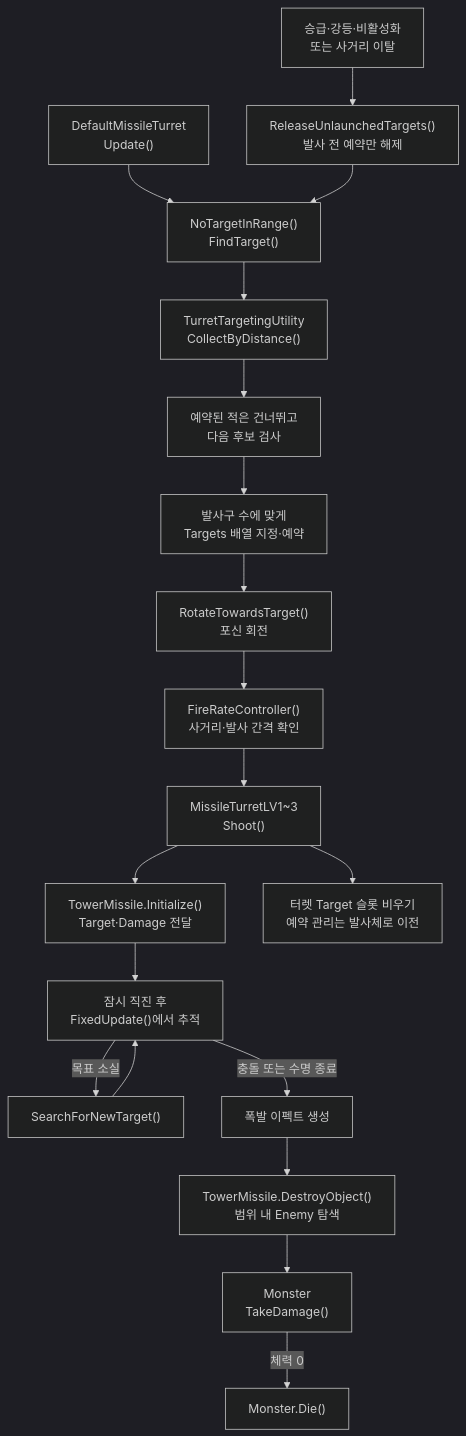
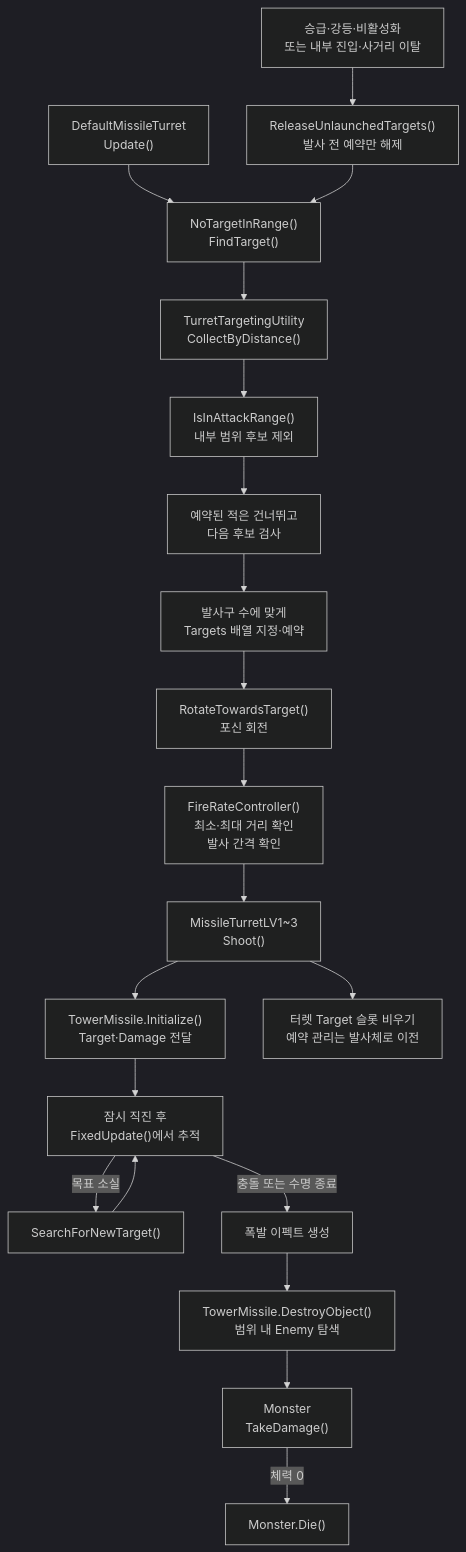
Before and after one commit to Team-HJD-21/unity-6-the-developer: the seventh of 13 diagrams in Docs/architecture/turret-system-guide.md, drawn with Mermaid (dark theme). The commit also changed other lines of this file, not shown here.

First line of the commit message:
docs(tower): document minimum attack ranges and debug visuals

````diff
--- a/Docs/architecture/turret-system-guide.md
+++ b/Docs/architecture/turret-system-guide.md
@@ -311,21 +329,22 @@
 ```mermaid
 flowchart TD
     Update["DefaultMissileTurret<br>Update()"] --> Search["NoTargetInRange()<br>FindTarget()"]
     Search --> Collect["TurretTargetingUtility<br>CollectByDistance()"]
-    Collect --> Filter["예약된 적은 건너뛰고<br>다음 후보 검사"]
+    Collect --> RangeCheck["IsInAttackRange()<br>내부 범위 후보 제외"]
+    RangeCheck --> Filter["예약된 적은 건너뛰고<br>다음 후보 검사"]
     Filter --> Targets["발사구 수에 맞게<br>Targets 배열 지정·예약"]
     Targets --> Rotate["RotateTowardsTarget()<br>포신 회전"]
-    Rotate --> Fire["FireRateController()<br>사거리·발사 간격 확인"]
+    Rotate --> Fire["FireRateController()<br>최소·최대 거리 확인<br>발사 간격 확인"]
     Fire --> Shoot["MissileTurretLV1~3<br>Shoot()"]
     Shoot --> Init["TowerMissile.Initialize()<br>Target·Damage 전달"]
     Shoot --> Transfer["터렛 Target 슬롯 비우기<br>예약 관리는 발사체로 이전"]
-    Change["승급·강등·비활성화<br>또는 사거리 이탈"] --> Release["ReleaseUnlaunchedTargets()<br>발사 전 예약만 해제"]
+    Change["승급·강등·비활성화<br>또는 내부 진입·사거리 이탈"] --> Release["ReleaseUnlaunchedTargets()<br>발사 전 예약만 해제"]
     Release --> Search
     Init --> Straight["잠시 직진 후<br>FixedUpdate()에서 추적"]
     Straight -->|목표 소실| Retarget["SearchForNewTarget()"]
     Retarget --> Straight
     Straight -->|충돌 또는 수명 종료| Explosion["폭발 이펙트 생성"]
     Explosion --> Area["TowerMissile.DestroyObject()<br>범위 내 Enemy 탐색"]
     Area --> Damage["Monster<br>TakeDamage()"]
     Damage -->|체력 0| Die["Monster.Die()"]
 ```
````
